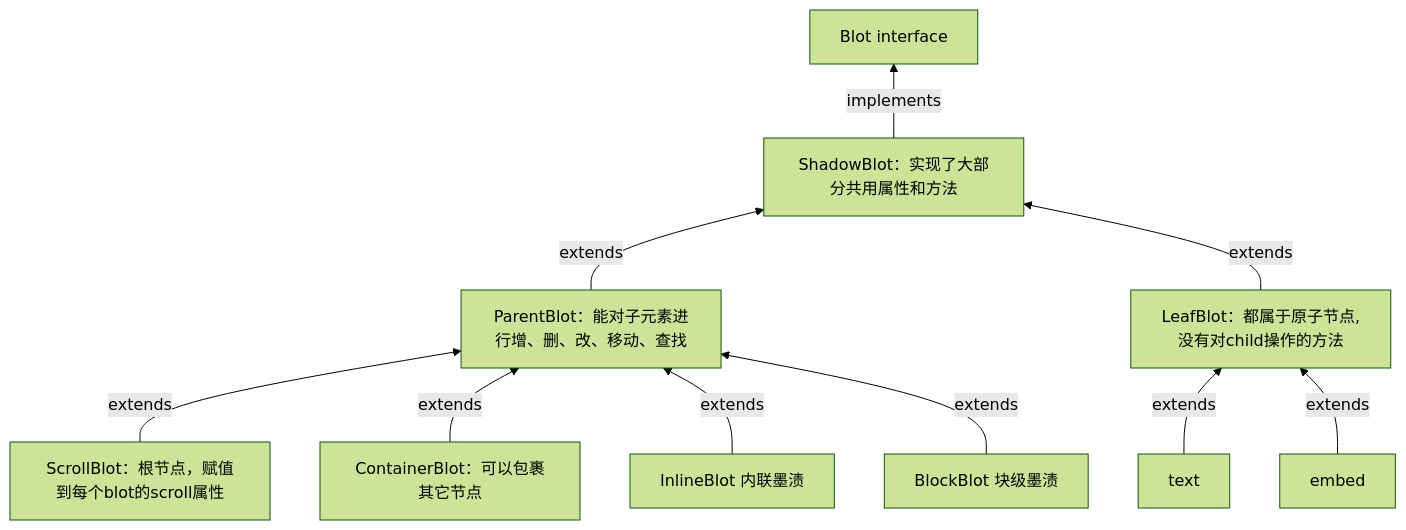
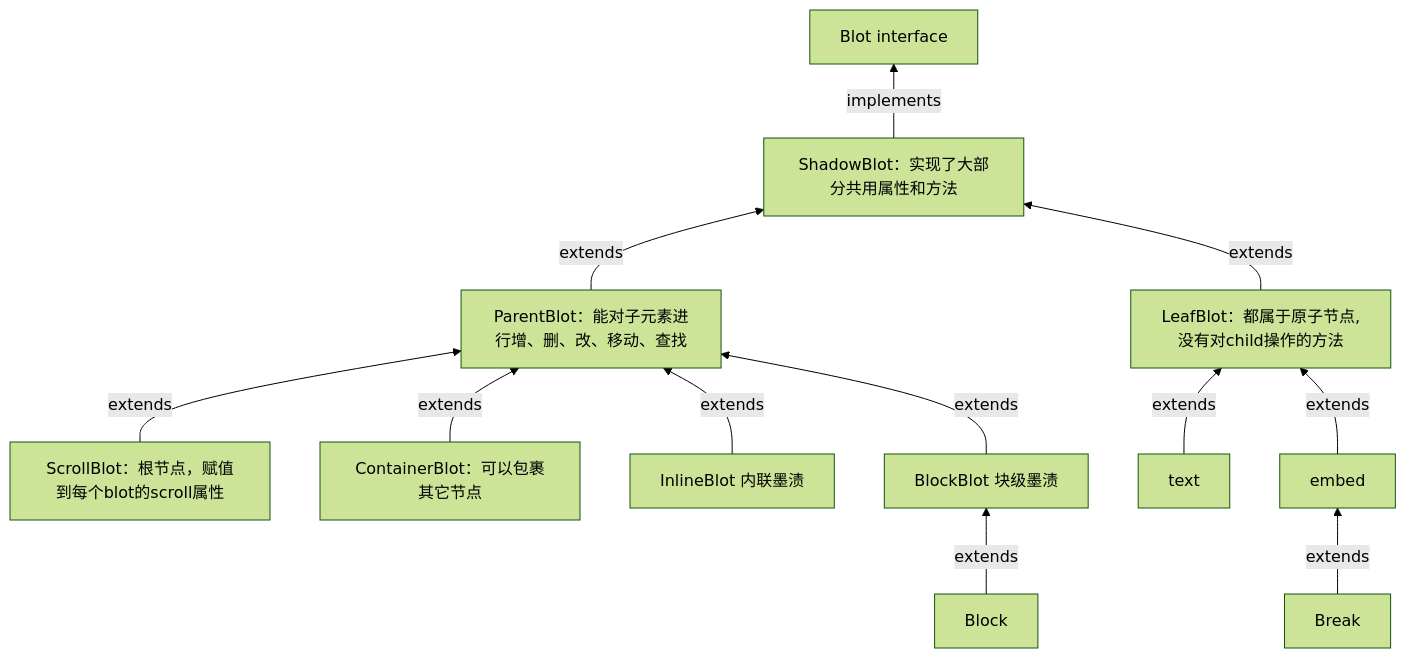
The first of 3 diagrams in CR.md (yelikang/ylk-quill-parchment), drawn with Mermaid (forest theme) before and after one commit. The commit also changed 1 other file, not shown here.

Commit message:
代码注释

````diff
--- a/CR.md
+++ b/CR.md
@@ -2,15 +2,19 @@
 ```mermaid
 graph BT
     T[Blot interface]
     A[ShadowBlot：实现了大部分共用属性和方法] -->|implements| T
      B[ParentBlot：能对子元素进行增、删、改、移动、查找] -->|extends| A
      C1[ScrollBlot：根节点，赋值到每个blot的scroll属性] -->|extends| B
      C2[ContainerBlot：可以包裹其它节点] -->|extends| B
      C3[InlineBlot 内联墨渍] -->|extends| B
      C4[BlockBlot 块级墨渍] -->|extends| B
 
      D[LeafBlot：都属于原子节点,没有对child操作的方法] -->|extends| A
      E1[text] -->|extends| D
      E2[embed] -->|extends| D
+
+     F1[Break] -->|extends| E2
+     
+     F2[Block] -->|extends| C4
    
 ```
````
